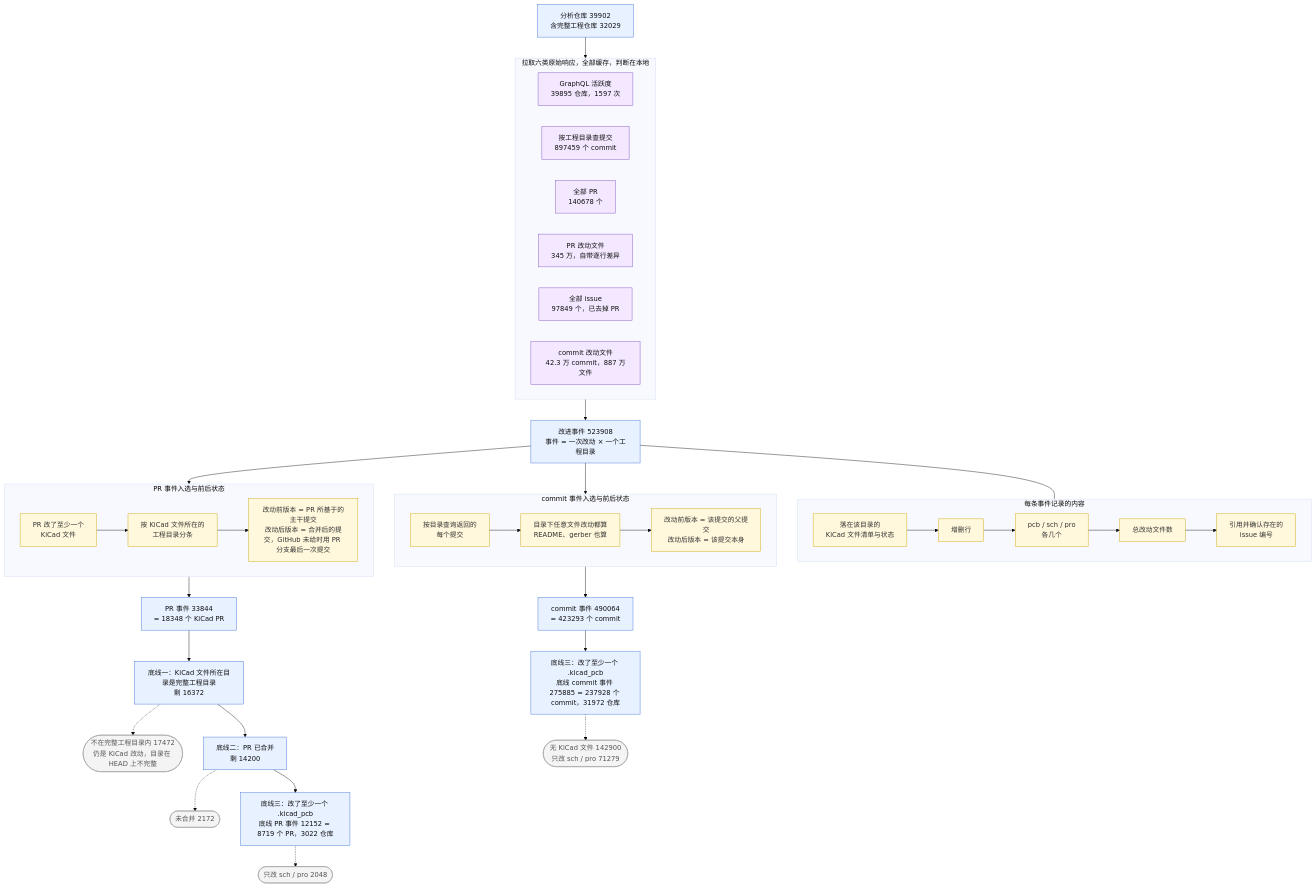
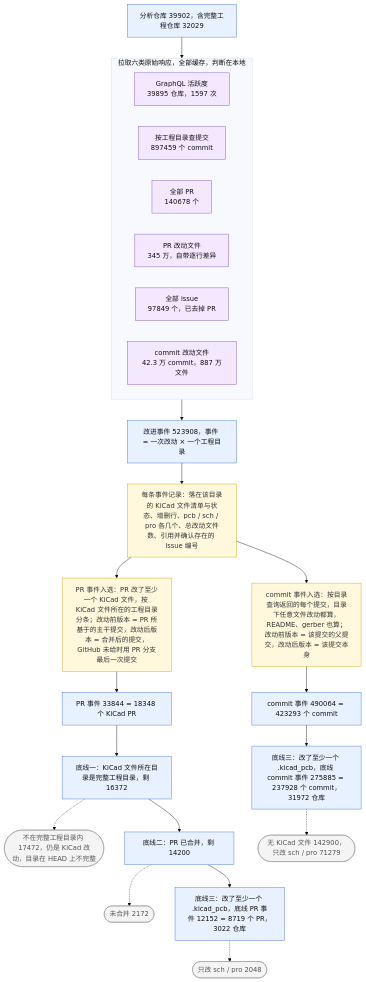
The third of 5 diagrams in reports/progress_report.md (Xiafyjck/github_kicad_project_scout), drawn with Mermaid (base theme) before and after one commit. The commit also changed other lines of this file, not shown here.

Commit message:
reports: rule boxes are single wide lines, one box per rule

````diff
--- a/reports/progress_report.md
+++ b/reports/progress_report.md
@@ -176,45 +170,35 @@
 ```mermaid
 flowchart TB
     classDef exit fill:#f4f4f4,stroke:#999,color:#555
     classDef keep fill:#e8f1ff,stroke:#3b6fd6,color:#111
     classDef src fill:#f3e8ff,stroke:#7c4dbd,color:#111
     classDef rule fill:#fff8dc,stroke:#c9a400,color:#333
 
-    Q[分析仓库 39902<br/>含完整工程仓库 32029]:::keep
+    Q[分析仓库 39902，含完整工程仓库 32029]:::keep
     subgraph H[拉取六类原始响应，全部缓存，判断在本地]
         direction LR
         H0[GraphQL 活跃度<br/>39895 仓库，1597 次]:::src
         H1[按工程目录查提交<br/>897459 个 commit]:::src
         H2[全部 PR<br/>140678 个]:::src
         H3[PR 改动文件<br/>345 万，自带逐行差异]:::src
         H4[全部 issue<br/>97849 个，已去掉 PR]:::src
         H5[commit 改动文件<br/>42.3 万 commit，887 万文件]:::src
     end
     Q --> H
-    H --> E[改进事件 523908<br/>事件 = 一次改动 × 一个工程目录]:::keep
-    subgraph D[每条事件记录的内容]
-        direction LR
-        D1[落在该目录的<br/>KiCad 文件清单与状态]:::rule --> D2[增删行]:::rule --> D3[pcb / sch / pro<br/>各几个]:::rule --> D4[总改动文件数]:::rule --> D5[引用并确认存在的<br/>issue 编号]:::rule
-    end
-    E --- D
-    subgraph PR[PR 事件入选与前后状态]
-        direction LR
-        PR1[PR 改了至少一个<br/>KiCad 文件]:::rule --> PR2[按 KiCad 文件所在的<br/>工程目录分条]:::rule --> PR3[改动前版本 = PR 所基于的主干提交<br/>改动后版本 = 合并后的提交，GitHub 未给时用 PR 分支最后一次提交]:::rule
-    end
-    subgraph CM[commit 事件入选与前后状态]
-        direction LR
-        CM1[按目录查询返回的<br/>每个提交]:::rule --> CM2[目录下任意文件改动都算<br/>README、gerber 也算]:::rule --> CM3[改动前版本 = 该提交的父提交<br/>改动后版本 = 该提交本身]:::rule
-    end
-    E --> PR --> P[PR 事件 33844<br/>= 18348 个 KiCad PR]:::keep
-    E --> CM --> M[commit 事件 490064<br/>= 423293 个 commit]:::keep
+    H --> E[改进事件 523908，事件 = 一次改动 × 一个工程目录]:::keep
+    E --> D[每条事件记录：落在该目录的 KiCad 文件清单与状态、增删行、pcb / sch / pro 各几个、总改动文件数、引用并确认存在的 issue 编号]:::rule
+    D --> PR[PR 事件入选：PR 改了至少一个 KiCad 文件，按 KiCad 文件所在的工程目录分条；改动前版本 = PR 所基于的主干提交，改动后版本 = 合并后的提交，GitHub 未给时用 PR 分支最后一次提交]:::rule
+    D --> CM[commit 事件入选：按目录查询返回的每个提交，目录下任意文件改动都算，README、gerber 也算；改动前版本 = 该提交的父提交，改动后版本 = 该提交本身]:::rule
+    PR --> P[PR 事件 33844 = 18348 个 KiCad PR]:::keep
+    CM --> M[commit 事件 490064 = 423293 个 commit]:::keep
 
-    P --> P1[底线一：KiCad 文件所在目录是完整工程目录<br/>剩 16372]:::keep
-    P1 -.-> PX1([不在完整工程目录内 17472<br/>仍是 KiCad 改动，目录在 HEAD 上不完整]):::exit
-    P1 --> P2[底线二：PR 已合并<br/>剩 14200]:::keep
+    P --> P1[底线一：KiCad 文件所在目录是完整工程目录，剩 16372]:::keep
+    P1 -.-> PX1([不在完整工程目录内 17472，仍是 KiCad 改动，目录在 HEAD 上不完整]):::exit
+    P1 --> P2[底线二：PR 已合并，剩 14200]:::keep
     P2 -.-> PX2([未合并 2172]):::exit
-    P2 --> P3[底线三：改了至少一个 .kicad_pcb<br/>底线 PR 事件 12152 = 8719 个 PR，3022 仓库]:::keep
+    P2 --> P3[底线三：改了至少一个 .kicad_pcb，底线 PR 事件 12152 = 8719 个 PR，3022 仓库]:::keep
     P3 -.-> PX3([只改 sch / pro 2048]):::exit
 
-    M --> M3[底线三：改了至少一个 .kicad_pcb<br/>底线 commit 事件 275885 = 237928 个 commit，31972 仓库]:::keep
-    M3 -.-> MX3([无 KiCad 文件 142900<br/>只改 sch / pro 71279]):::exit
+    M --> M3[底线三：改了至少一个 .kicad_pcb，底线 commit 事件 275885 = 237928 个 commit，31972 仓库]:::keep
+    M3 -.-> MX3([无 KiCad 文件 142900，只改 sch / pro 71279]):::exit
 ```
````
